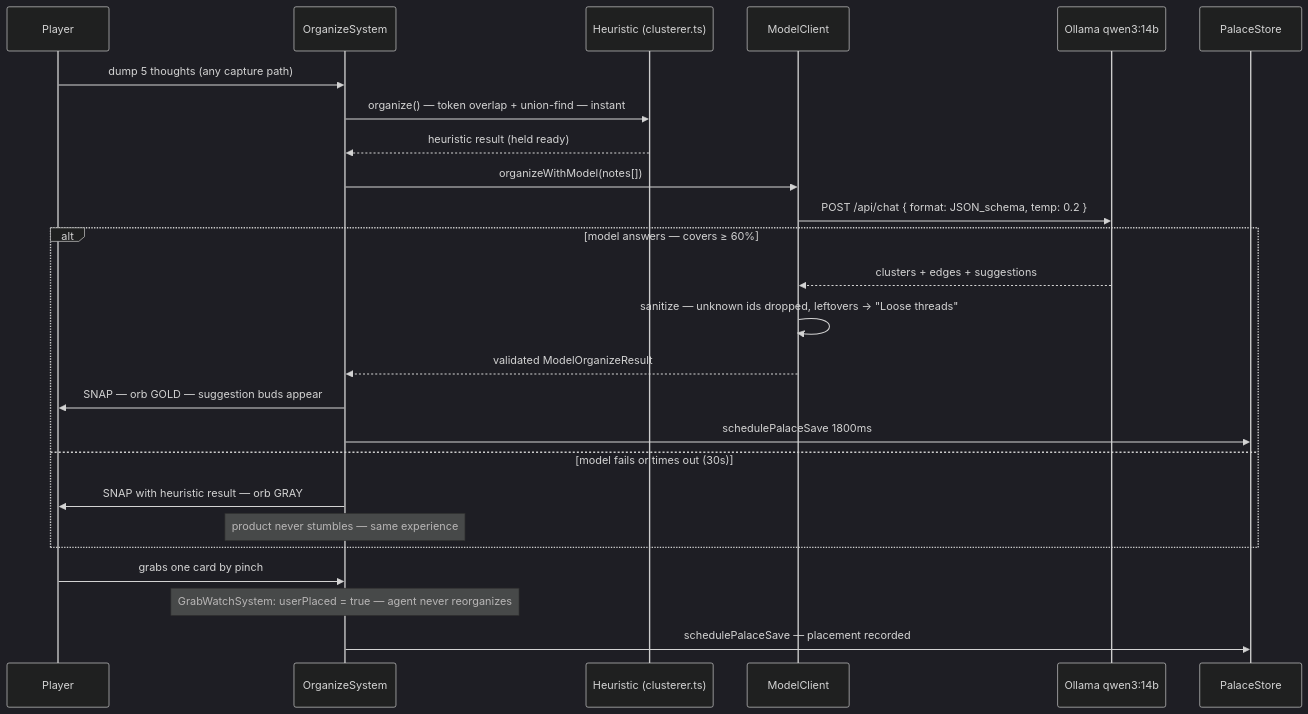
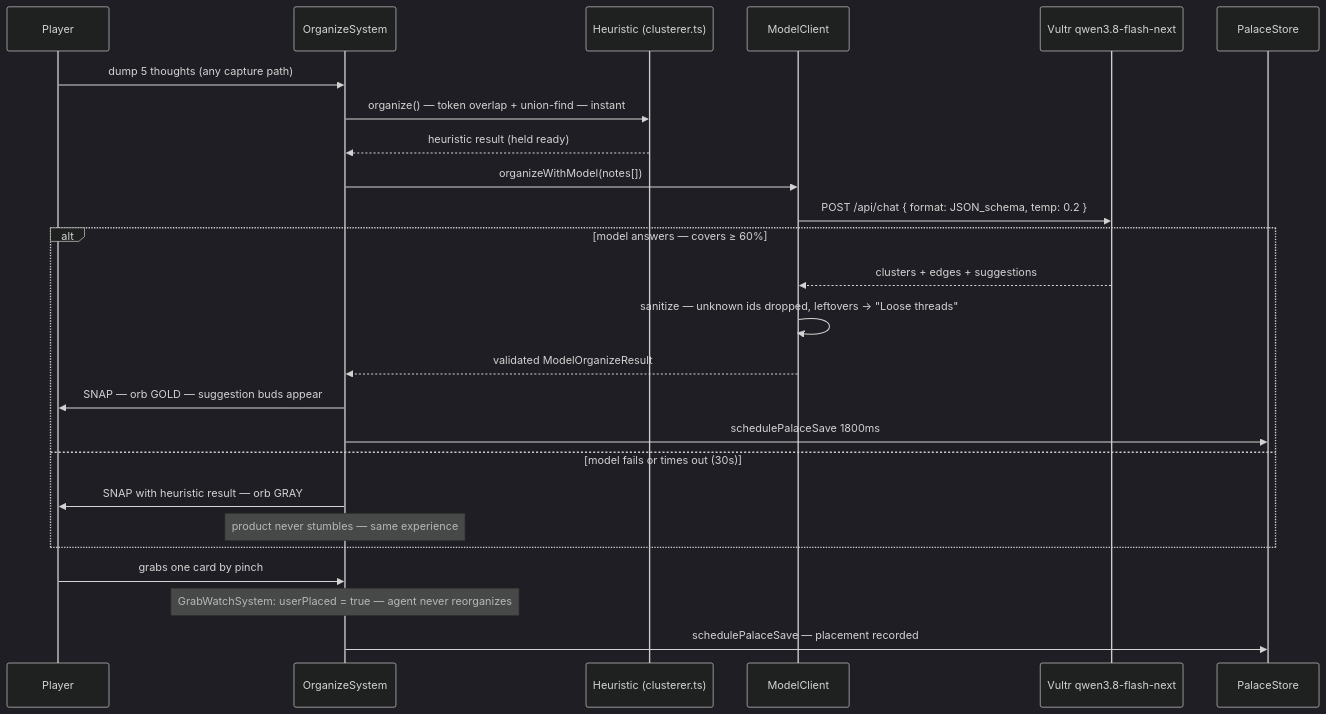
The third of 10 diagrams in COMPETITION_STRATEGY.md (0xv3nm09/loci-memory-bank), drawn with Mermaid (dark theme) before and after one commit. The commit also changed other lines of this file and 11 other files, not shown here.

````diff
--- a/COMPETITION_STRATEGY.md
+++ b/COMPETITION_STRATEGY.md
@@ -151,30 +151,30 @@
 ```mermaid
 sequenceDiagram
   participant P as Player
   participant OS as OrganizeSystem
   participant HB as Heuristic (clusterer.ts)
   participant MC as ModelClient
-  participant OLL as Ollama qwen3:14b
+  participant OLL as Vultr qwen3.8-flash-next
   participant ST as PalaceStore
 
   P->>OS: dump 5 thoughts (any capture path)
   OS->>HB: organize() — token overlap + union-find — instant
   HB-->>OS: heuristic result (held ready)
   OS->>MC: organizeWithModel(notes[])
   MC->>OLL: POST /api/chat { format: JSON_schema, temp: 0.2 }
 
   alt model answers — covers ≥ 60%
     OLL-->>MC: clusters + edges + suggestions
     MC->>MC: sanitize — unknown ids dropped, leftovers → "Loose threads"
     MC-->>OS: validated ModelOrganizeResult
     OS->>P: SNAP — orb GOLD — suggestion buds appear
     OS->>ST: schedulePalaceSave 1800ms
   else model fails or times out (30s)
     OS->>P: SNAP with heuristic result — orb GRAY
     Note over OS: product never stumbles — same experience
   end
 
   P->>OS: grabs one card by pinch
   Note over OS: GrabWatchSystem: userPlaced = true — agent never reorganizes
   OS->>ST: schedulePalaceSave — placement recorded
 ```
````
